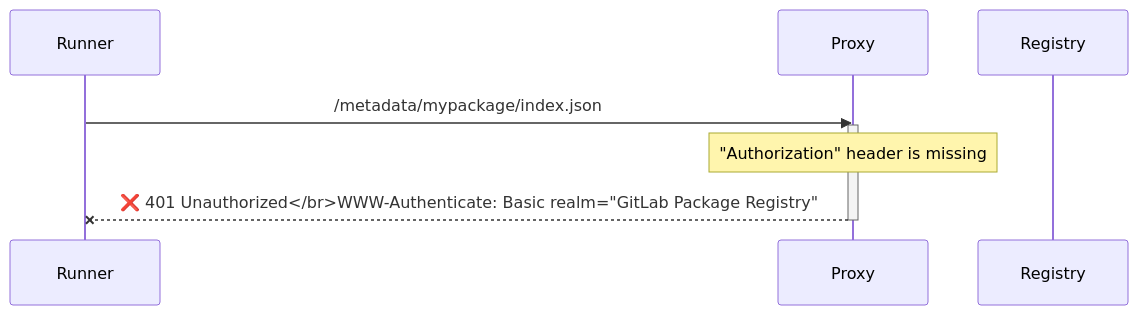
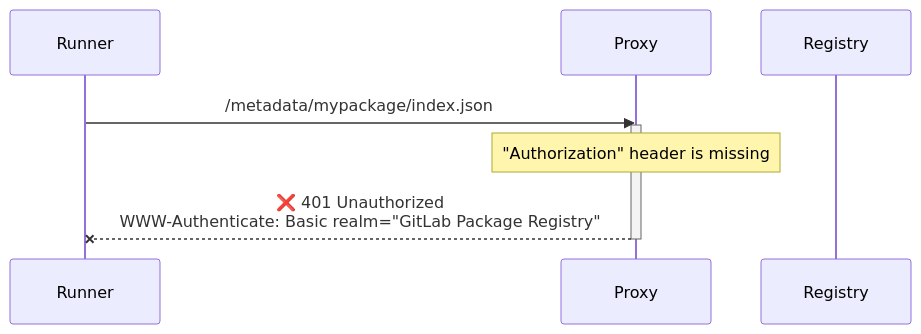
The third of 6 diagrams in content/articles/nuget-caching/index.md (ogxd/ogxd.github.io), drawn with Mermaid before and after one commit. The commit also changed other lines of this file, not shown here.

```diff
--- a/content/articles/nuget-caching/index.md
+++ b/content/articles/nuget-caching/index.md
@@ -156,15 +156,15 @@
 {{<mermaid>}}
 sequenceDiagram
     participant Runner
     participant Proxy
     participant Registry
 
     Runner->>Proxy: /metadata/mypackage/index.json
     activate Proxy
 
     Note over Proxy: "Authorization" header is missing
 
-    Proxy--xRunner: ❌ 401 Unauthorized</br>WWW-Authenticate: Basic realm="GitLab Package Registry"
+    Proxy--xRunner: ❌ 401 Unauthorized<br/>WWW-Authenticate: Basic realm="GitLab Package Registry"
     deactivate Proxy
 
 {{</mermaid>}}
```
